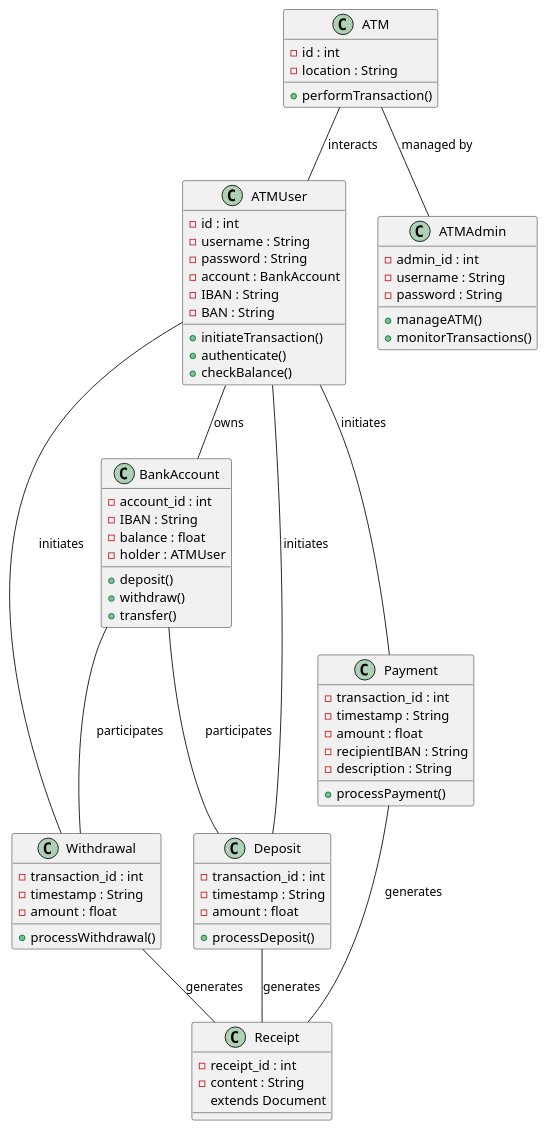
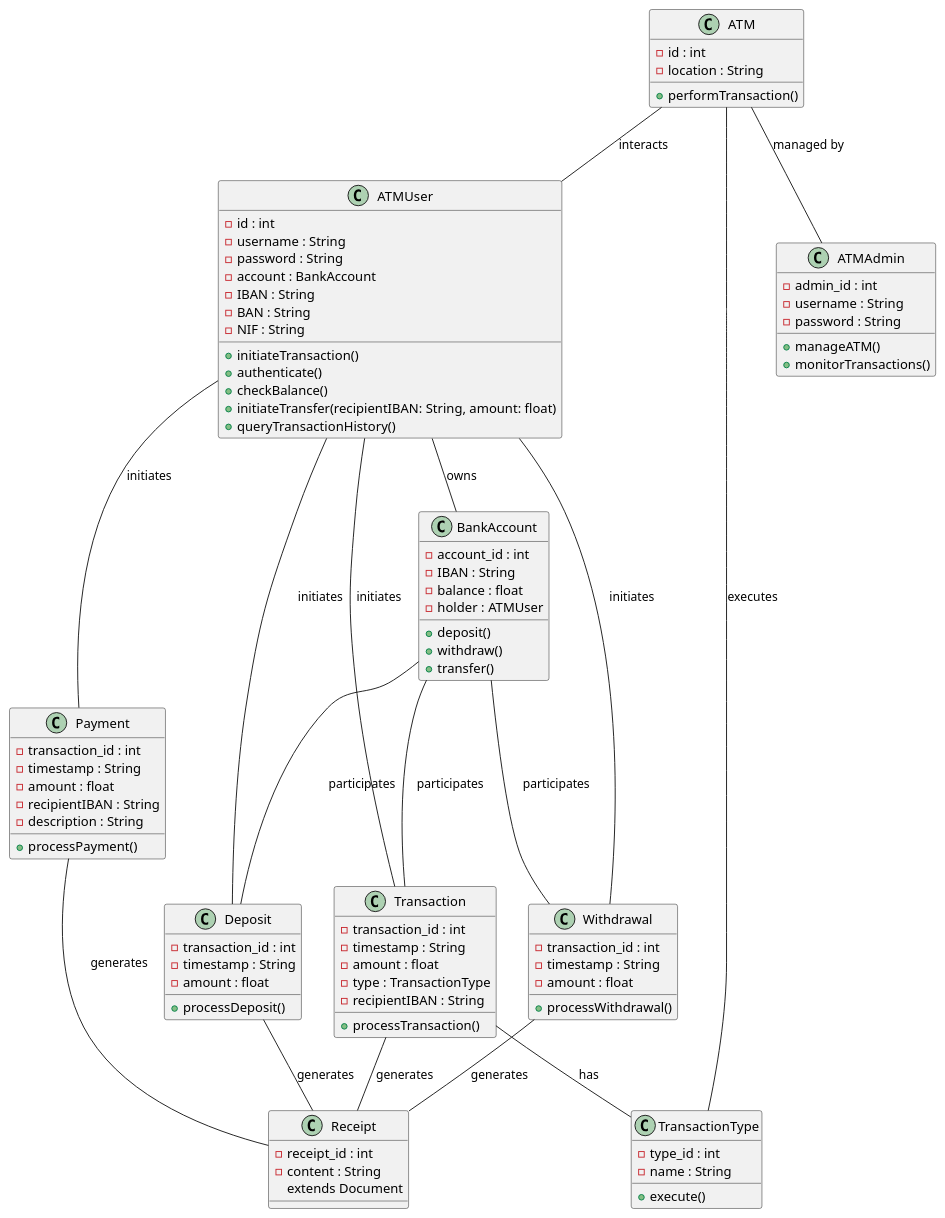
One commit to brunoUpskill2/ProjetoATM changed the diagram in Diagramas/userCase.plantuml. Above: the diagram before and after it, drawn with PlantUML.

Commit message:
completed the User Case diagram

```diff
--- a/Diagramas/userCase.plantuml
+++ b/Diagramas/userCase.plantuml
@@ -1,80 +1,102 @@
 @startuml ATMSystem
 
 class ATM {
     -id : int
     -location : String
     +performTransaction()
 }
 
 class ATMUser {
     -id : int
     -username : String
     -password : String
     -account : BankAccount
     -IBAN : String
     -BAN : String
+    -NIF : String
     +initiateTransaction()
     +authenticate()
     +checkBalance()
+    +initiateTransfer(recipientIBAN: String, amount: float)
+    +queryTransactionHistory()
 }
 
 class ATMAdmin {
     -admin_id : int
     -username : String
     -password : String
     +manageATM()
     +monitorTransactions()
 }
 
 class BankAccount {
     -account_id : int
     -IBAN : String
     -balance : float
     -holder : ATMUser
     +deposit()
     +withdraw()
     +transfer()
 }
 
 class Deposit {
     -transaction_id : int
     -timestamp : String
     -amount : float
     +processDeposit()
 }
 
 class Withdrawal {
     -transaction_id : int
     -timestamp : String
     -amount : float
     +processWithdrawal()
 }
 
 class Payment {
     -transaction_id : int
     -timestamp : String
     -amount : float
     -recipientIBAN : String
     -description : String
     +processPayment()
 }
 
+class Transaction {
+    -transaction_id : int
+    -timestamp : String
+    -amount : float
+    -type : TransactionType
+    -recipientIBAN : String
+    +processTransaction()
+}
+
+class TransactionType {
+    -type_id : int
+    -name : String
+    +execute()
+}
 class Receipt {
     -receipt_id : int
     -content : String
     extends Document
 }
 
 ATM -- ATMUser : interacts
 ATM -- ATMAdmin : managed by
 ATMUser -- BankAccount : owns
 ATMUser -- Deposit : initiates
 ATMUser -- Withdrawal : initiates
 ATMUser -- Payment : initiates
+ATMUser -- Transaction : initiates
 BankAccount -- Deposit : participates
 BankAccount -- Withdrawal : participates
+BankAccount -- Transaction : participates
 Payment -- Receipt : generates
 Deposit -- Receipt : generates
 Withdrawal -- Receipt : generates
+Transaction -- TransactionType : has
+Transaction -- Receipt : generates
+TransactionType -- ATM : executes
 
 @enduml
```
